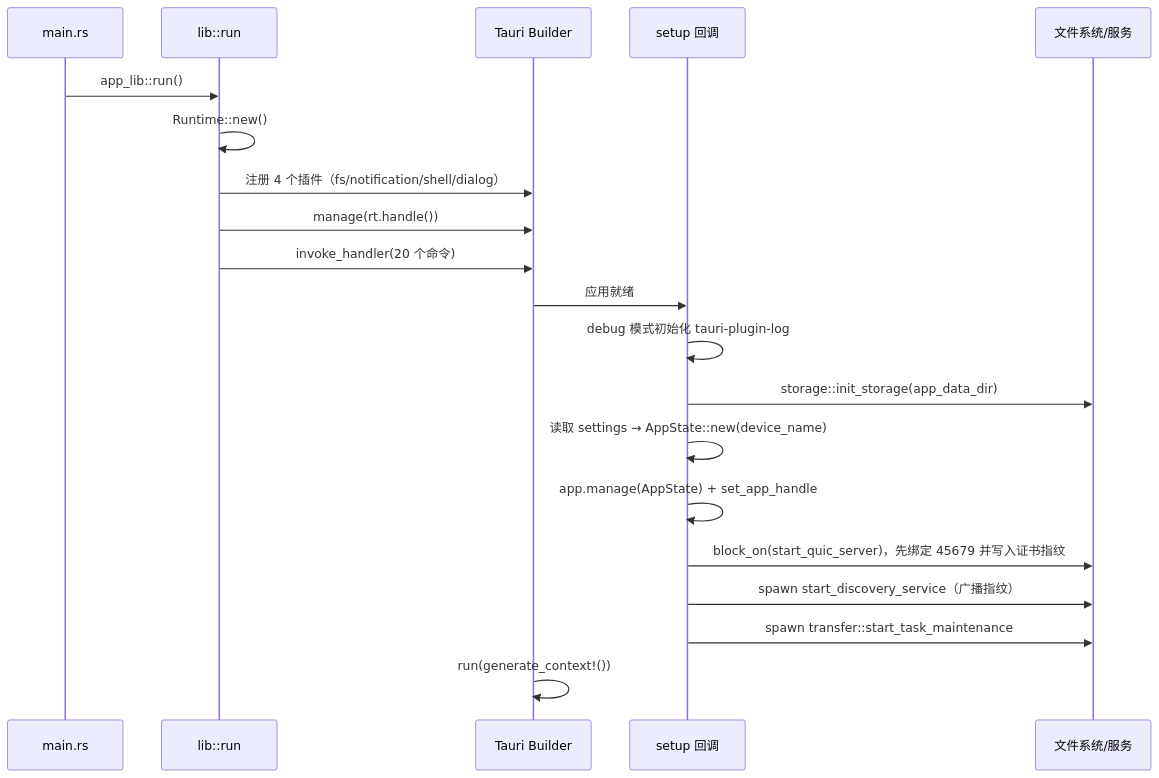
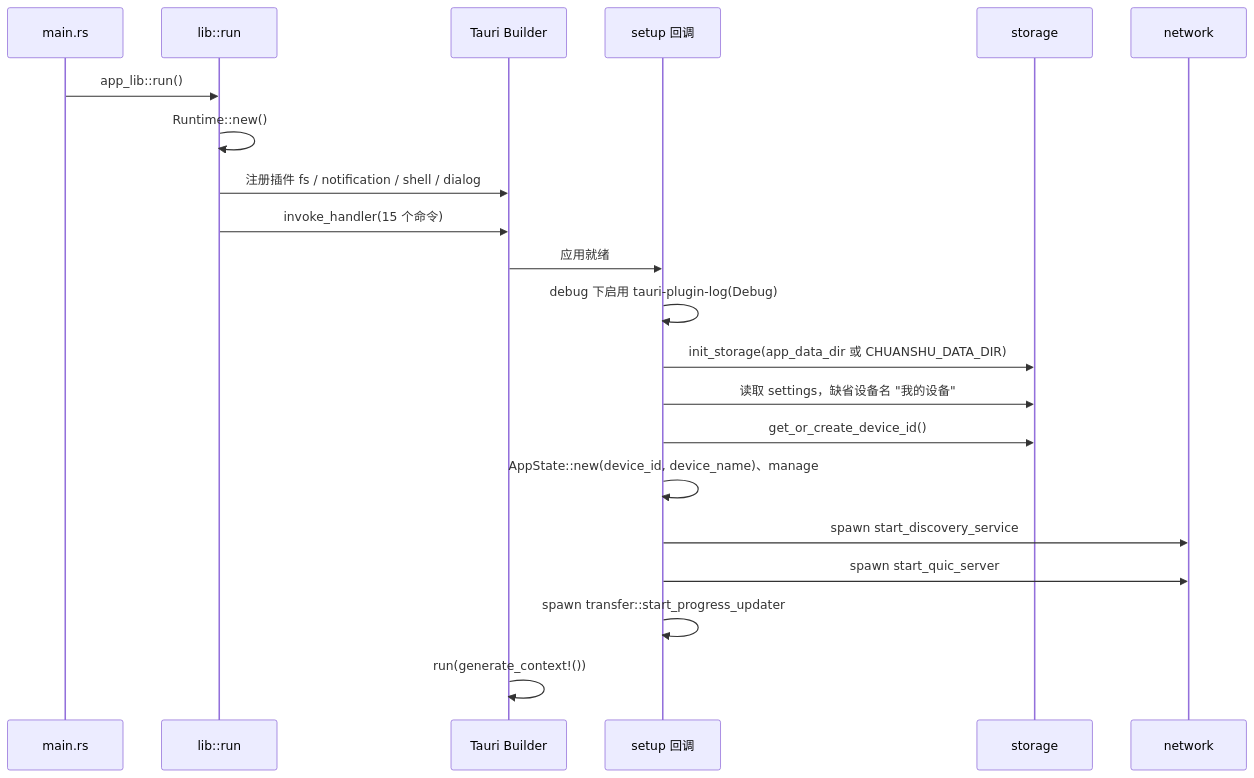
Before and after one commit to pardonhan/chuanshu-app: the fourth of 4 diagrams in docs/wiki/01-architecture.md, drawn with Mermaid. The commit also changed other lines of this file and 10 other files, not shown here.

````diff
--- a/docs/wiki/01-architecture.md
+++ b/docs/wiki/01-architecture.md
@@ -177,23 +183,24 @@
 ```mermaid
 sequenceDiagram
   participant Main as main.rs
   participant Run as lib::run
   participant Tauri as Tauri Builder
   participant Setup as setup 回调
-  participant OS as 文件系统/服务
+  participant Store as storage
+  participant Net as network
 
   Main->>Run: app_lib::run()
   Run->>Run: Runtime::new()
-  Run->>Tauri: 注册 4 个插件（fs/notification/shell/dialog）
-  Run->>Tauri: manage(rt.handle())
-  Run->>Tauri: invoke_handler(20 个命令)
+  Run->>Tauri: 注册插件 fs / notification / shell / dialog
+  Run->>Tauri: invoke_handler(15 个命令)
   Tauri->>Setup: 应用就绪
-  Setup->>Setup: debug 模式初始化 tauri-plugin-log
-  Setup->>OS: storage::init_storage(app_data_dir)
-  Setup->>Setup: 读取 settings → AppState::new(device_name)
-  Setup->>Setup: app.manage(AppState) + set_app_handle
-  Setup->>OS: block_on(start_quic_server)，先绑定 45679 并写入证书指纹
-  Setup->>OS: spawn start_discovery_service（广播指纹）
-  Setup->>OS: spawn transfer::start_task_maintenance
+  Setup->>Setup: debug 下启用 tauri-plugin-log(Debug)
+  Setup->>Store: init_storage(app_data_dir 或 CHUANSHU_DATA_DIR)
+  Setup->>Store: 读取 settings，缺省设备名 "我的设备"
+  Setup->>Store: get_or_create_device_id()
+  Setup->>Setup: AppState::new(device_id, device_name)、manage
+  Setup->>Net: spawn start_discovery_service
+  Setup->>Net: spawn start_quic_server
+  Setup->>Setup: spawn transfer::start_progress_updater
   Tauri->>Tauri: run(generate_context!())
 ```
````
